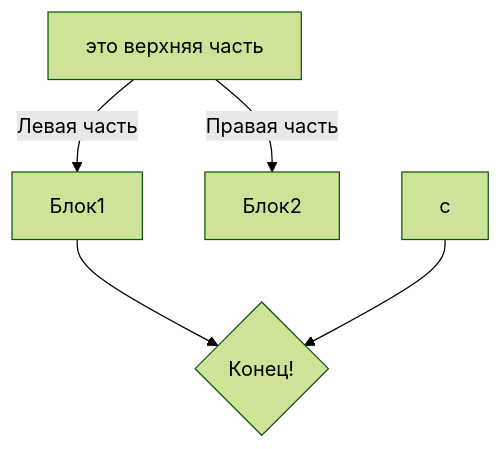
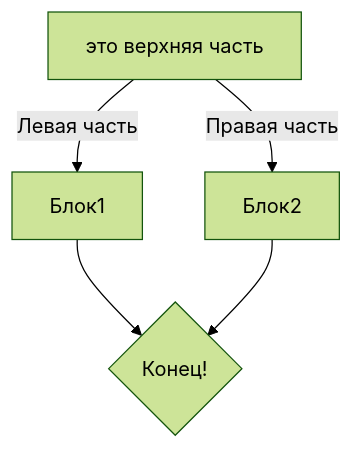
Before and after one commit to NikitaR2025/git-first-info: the diagram in readme.md, drawn with Mermaid (forest theme).

Commit message:
исправить блоки на схеме

````diff
--- a/readme.md
+++ b/readme.md
@@ -7,8 +7,8 @@
 ```mermaid
 flowchart TD
 A[это верхняя часть];
 A -- Левая часть --> B[Блок1];
 A -- Правая часть --> C[Блок2];
 B --> D{Конец!};
-c --> D{Конец!};
+C --> D{Конец!};
 ```
````
